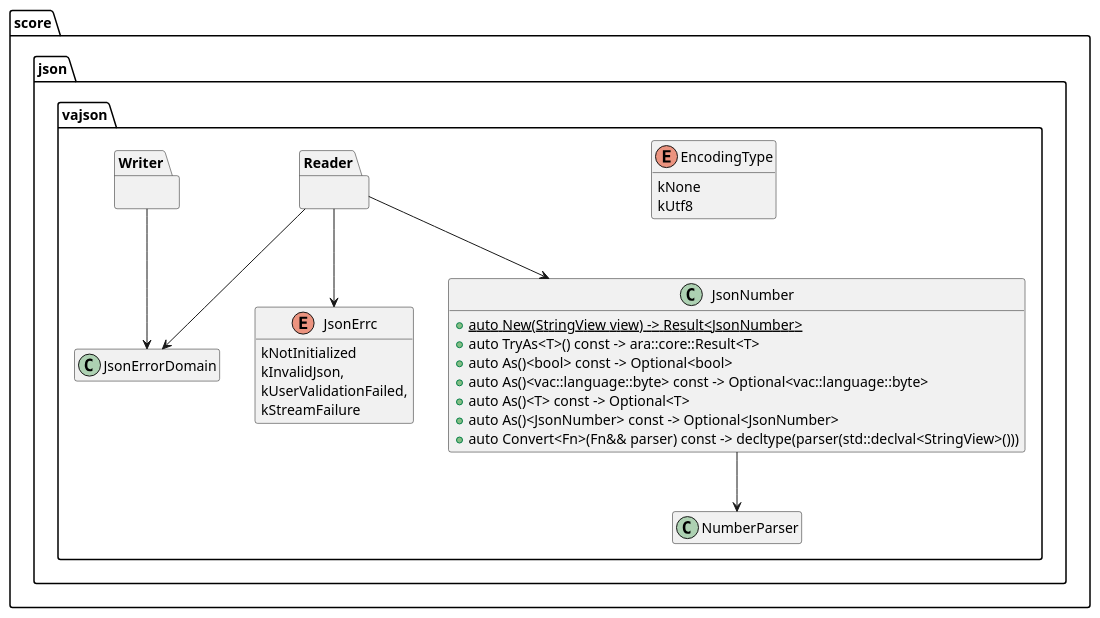
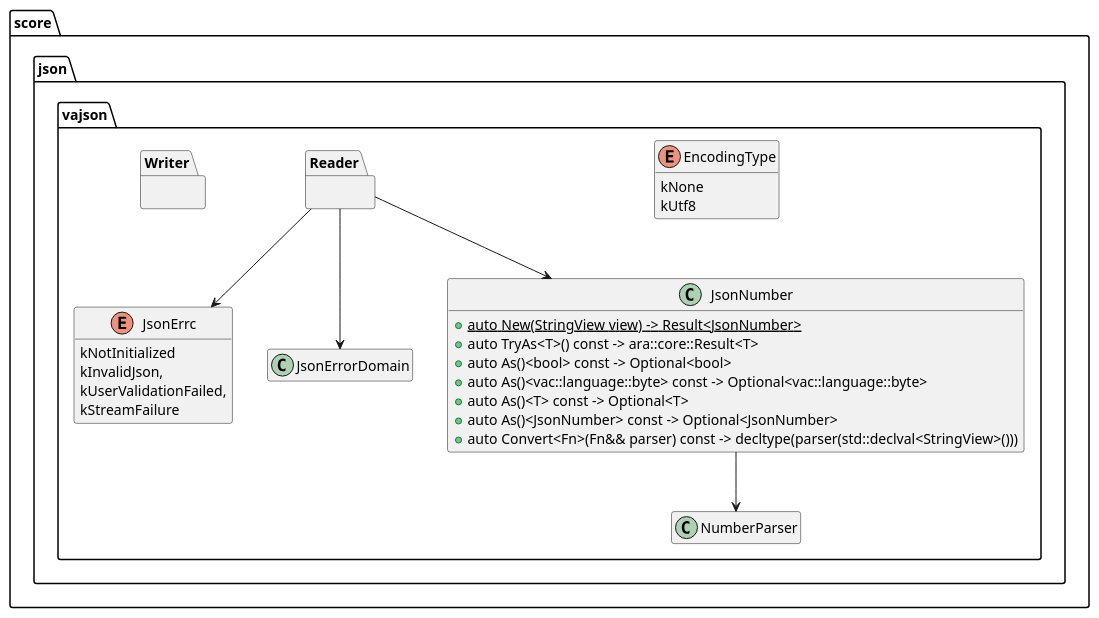
Before and after one commit to eclipse-score/baselibs: the third of 3 diagrams in score/json/docs/vajson/detailed_design/logical/Reader.rst, drawn with PlantUML. The commit also changed 15 other files, not shown here.

First line of the commit message:
json writer: remove the unused fluent serializer

```diff
--- a/score/json/docs/vajson/detailed_design/logical/Reader.rst
+++ b/score/json/docs/vajson/detailed_design/logical/Reader.rst
@@ -166,52 +166,50 @@
 .. uml::
 
     @startuml
     hide empty members
 
       package "score" {
         package "json" {
           package "vajson" {
             enum JsonErrc {
               kNotInitialized
               kInvalidJson,
               kUserValidationFailed,
               kStreamFailure
             }
 
             class JsonErrorDomain {}
 
             class NumberParser {}
 
             class JsonNumber {
               + {static} auto New(StringView view) -> Result<JsonNumber>
               + auto TryAs<T>() const -> ara::core::Result<T>
               + auto As()<bool> const -> Optional<bool>
               + auto As()<vac::language::byte> const -> Optional<vac::language::byte>
               + auto As()<T> const -> Optional<T>
               + auto As()<JsonNumber> const -> Optional<JsonNumber>
               + auto Convert<Fn>(Fn&& parser) const -> decltype(parser(std::declval<StringView>()))
             }
 
             enum EncodingType {
               kNone
               kUtf8
             }
 
           package Reader {
           }
 
           package Writer {
           }
           }
         }
       }
 
       JsonNumber --> NumberParser
 
       Reader -down-> JsonNumber
       Reader -down-> JsonErrorDomain
       Reader -down-> JsonErrc
 
-      Writer -down-> JsonErrorDomain
-
     @enduml
```
